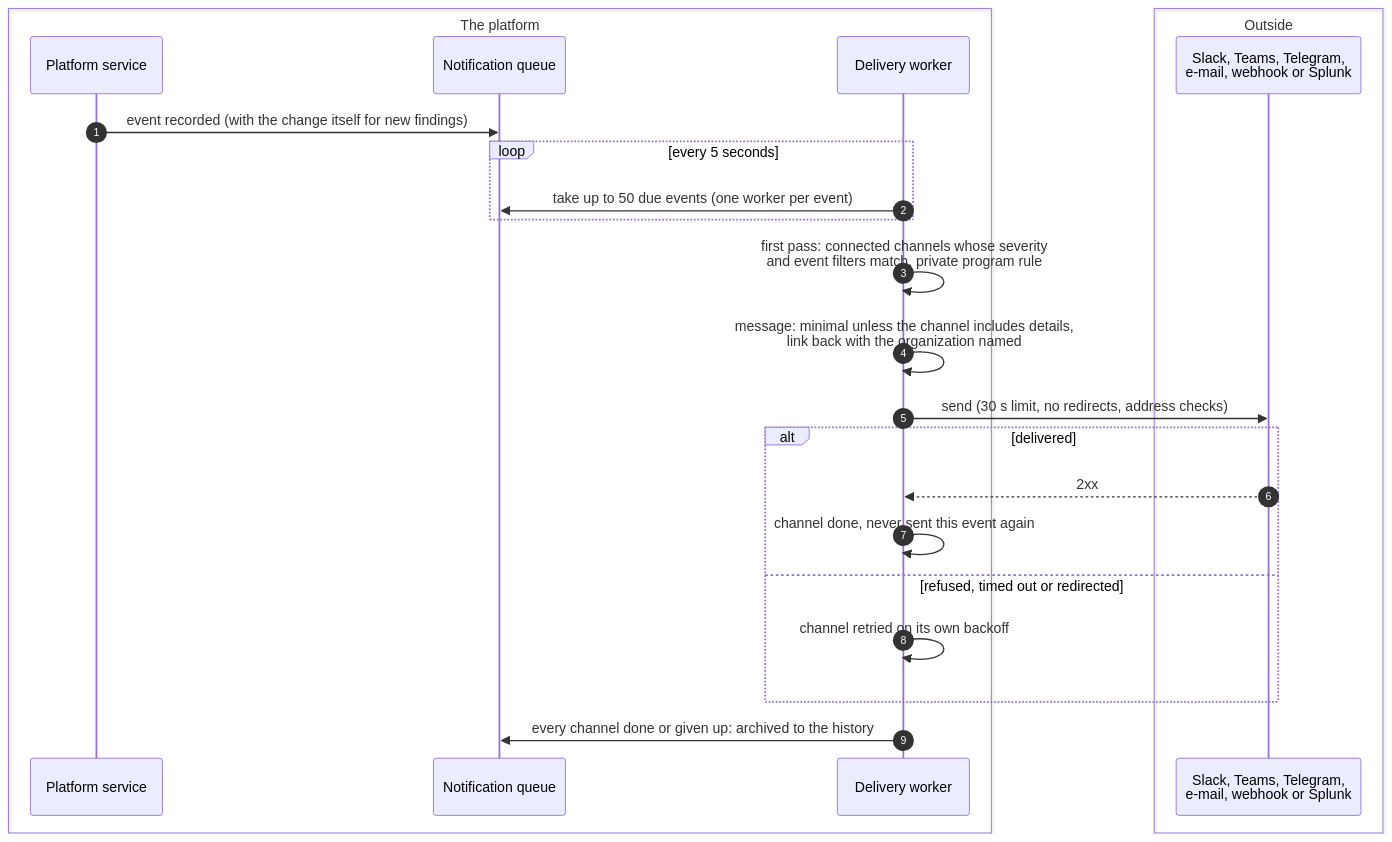
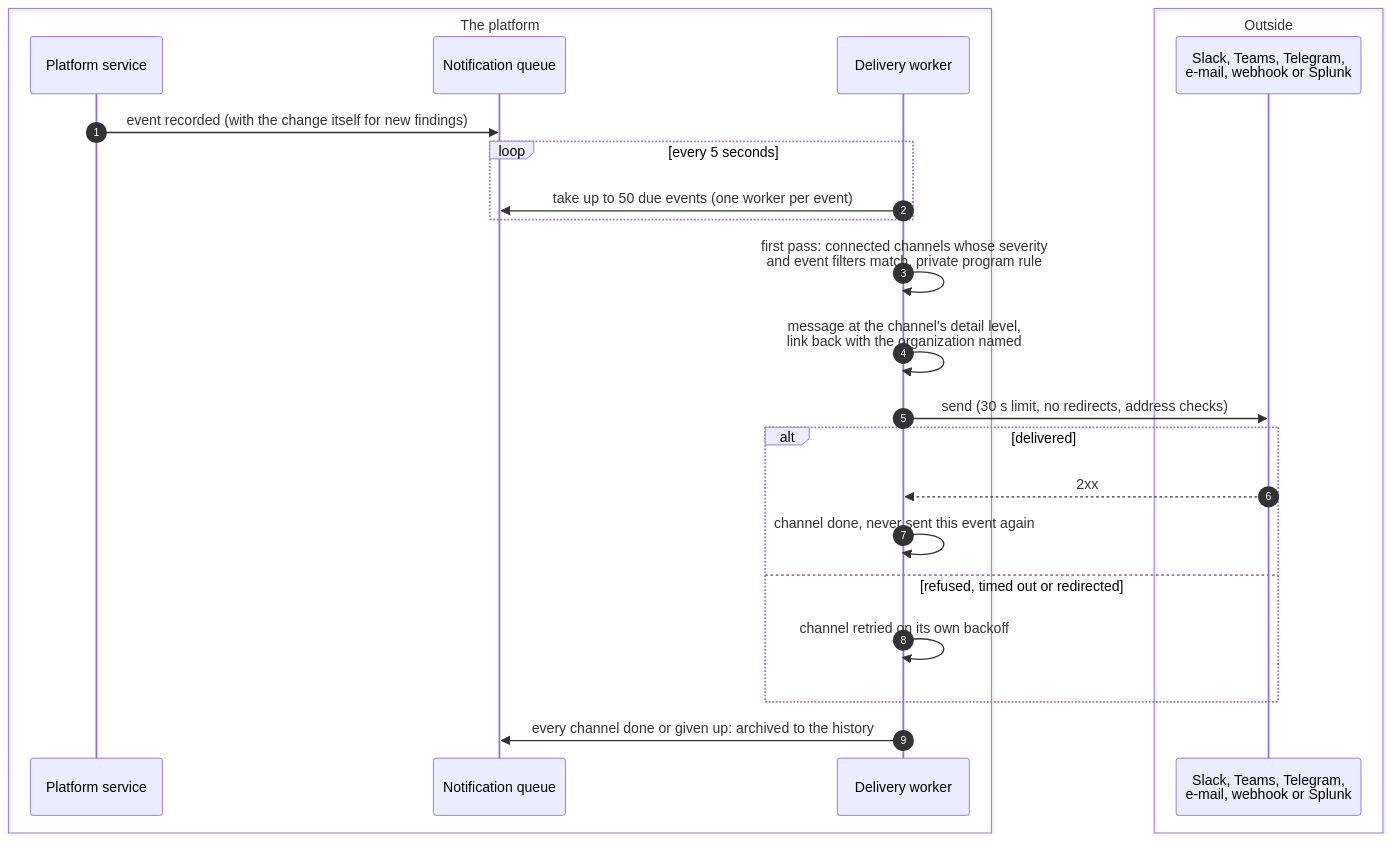
One commit to openctemio/docs changed the first of 3 diagrams in how-it-works/remediation/notifications.md. Above: the diagram before and after it, drawn with Mermaid. The commit also changed other lines of this file and 5 other files, not shown here.

First line of the commit message:
docs(notifications): detail levels replace include details (v0.21.0) (#295)

````diff
--- a/how-it-works/remediation/notifications.md
+++ b/how-it-works/remediation/notifications.md
@@ -27,26 +27,26 @@
 ```mermaid
 sequenceDiagram
   autonumber
   box The platform
     participant S as Platform service
     participant Q as Notification queue
     participant W as Delivery worker
   end
   box Outside
     participant C as Slack, Teams, Telegram,<br/>e-mail, webhook or Splunk
   end
   S->>Q: event recorded (with the change itself for new findings)
   loop every 5 seconds
     W->>Q: take up to 50 due events (one worker per event)
   end
   W->>W: first pass: connected channels whose severity<br/>and event filters match, private program rule
-  W->>W: message: minimal unless the channel includes details,<br/>link back with the organization named
+  W->>W: message at the channel's detail level,<br/>link back with the organization named
   W->>C: send (30 s limit, no redirects, address checks)
   alt delivered
     C-->>W: 2xx
     W->>W: channel done, never sent this event again
   else refused, timed out or redirected
     W->>W: channel retried on its own backoff
   end
   W->>Q: every channel done or given up: archived to the history
 ```
````
